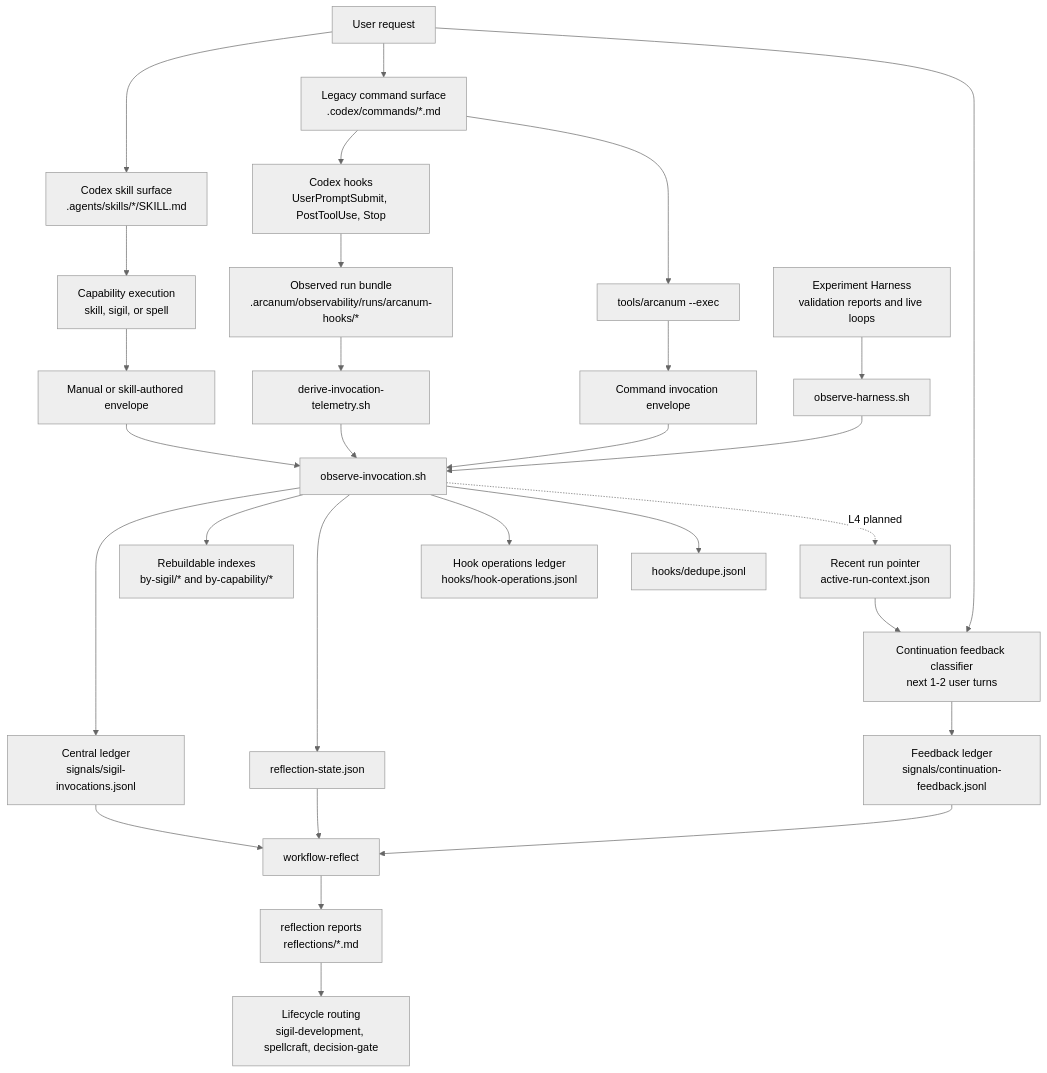
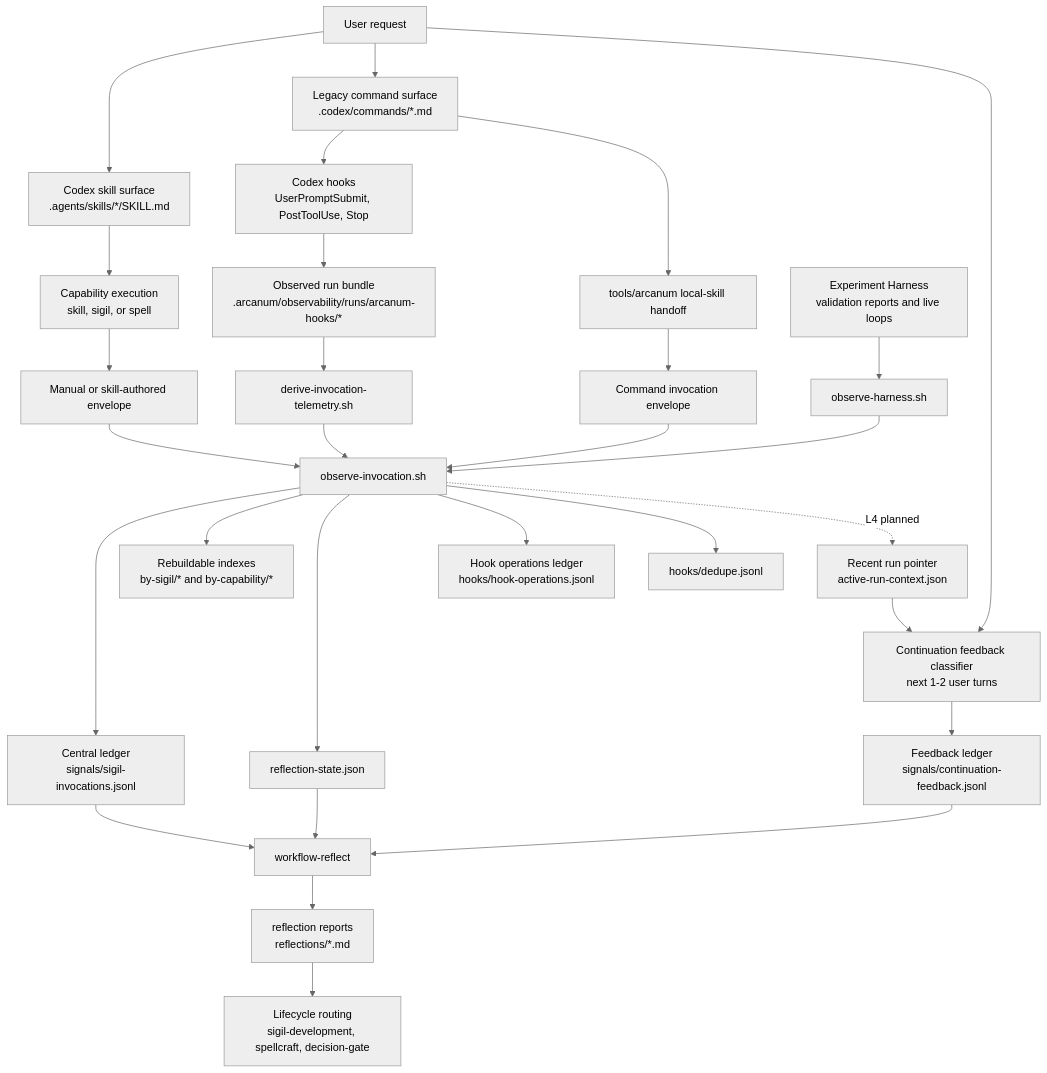
One commit to cyberAlchemyAI/Arcanum changed the diagram in framework/observability/ARCHITECTURE-OVERVIEW.md. Above: the diagram before and after it, drawn with Mermaid (neutral theme). The commit also changed other lines of this file and 46 other files, not shown here.

Commit message:
Add runtime adapter handoff surface

````diff
--- a/framework/observability/ARCHITECTURE-OVERVIEW.md
+++ b/framework/observability/ARCHITECTURE-OVERVIEW.md
@@ -38,38 +38,38 @@
 ```mermaid
 flowchart TD
   User[User request] --> SkillSurface[Codex skill surface<br/>.agents/skills/*/SKILL.md]
   User --> CommandSurface[Legacy command surface<br/>.codex/commands/*.md]
 
   SkillSurface --> AgentRun[Capability execution<br/>skill, sigil, or spell]
   CommandSurface --> CmdHooks[Codex hooks<br/>UserPromptSubmit, PostToolUse, Stop]
-  CommandSurface --> ToolsArcanum[tools/arcanum --exec]
+  CommandSurface --> ToolsArcanum[tools/arcanum local-skill handoff]
 
   CmdHooks --> HookBundle[Observed run bundle<br/>.arcanum/observability/runs/arcanum-hooks/*]
   ToolsArcanum --> CmdEnvelope[Command invocation envelope]
   AgentRun --> ManualEnvelope[Manual or skill-authored envelope]
   ExperimentHarness[Experiment Harness<br/>validation reports and live loops] --> HarnessObserve[observe-harness.sh]
 
   HookBundle --> Derive[derive-invocation-telemetry.sh]
   Derive --> Observer[observe-invocation.sh]
   CmdEnvelope --> Observer
   ManualEnvelope --> Observer
   HarnessObserve --> Observer
 
   Observer --> Ledger[Central ledger<br/>signals/sigil-invocations.jsonl]
   Observer --> Indexes[Rebuildable indexes<br/>by-sigil/* and by-capability/*]
   Observer --> ReflectionState[reflection-state.json]
   Observer --> HookOps[Hook operations ledger<br/>hooks/hook-operations.jsonl]
   Observer --> Dedupe[hooks/dedupe.jsonl]
   Observer -. L4 planned .-> ActiveRun[Recent run pointer<br/>active-run-context.json]
 
   User --> Continuation[Continuation feedback classifier<br/>next 1-2 user turns]
   ActiveRun --> Continuation
   Continuation --> FeedbackLedger[Feedback ledger<br/>signals/continuation-feedback.jsonl]
   FeedbackLedger --> WorkflowReflect
 
   ReflectionState --> WorkflowReflect[workflow-reflect]
   Ledger --> WorkflowReflect
   WorkflowReflect --> Reports[reflection reports<br/>reflections/*.md]
 
   Reports --> Lifecycle[Lifecycle routing<br/>sigil-development, spellcraft, decision-gate]
 ```
````
